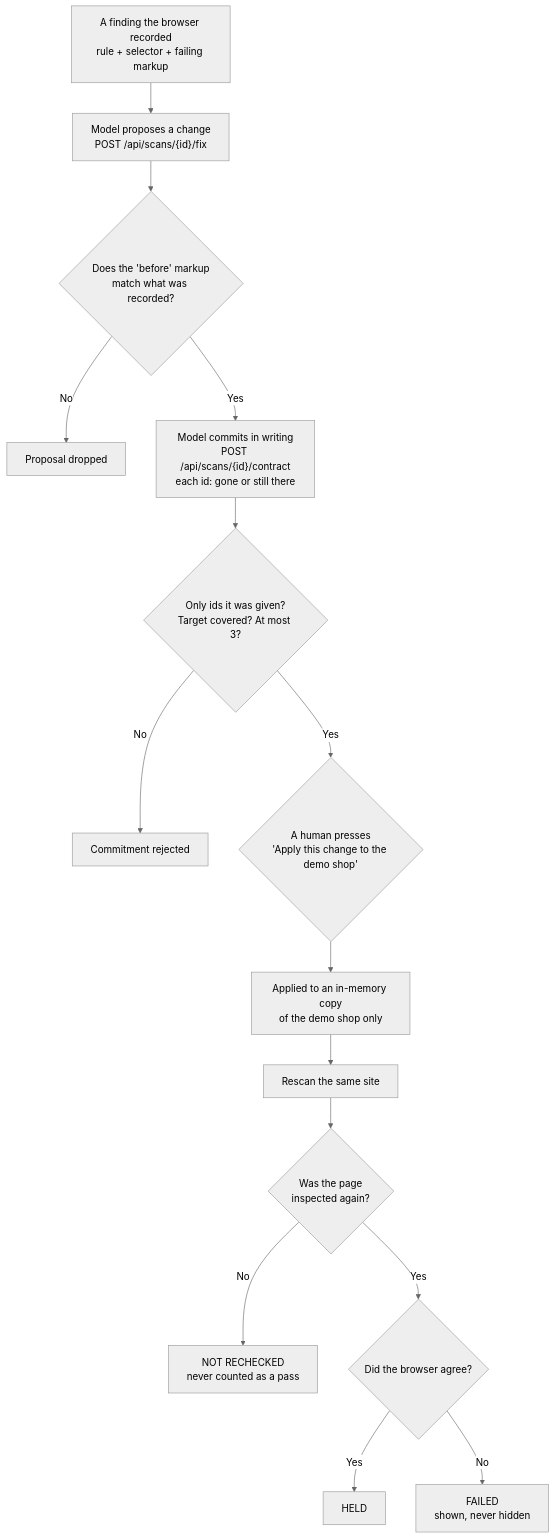
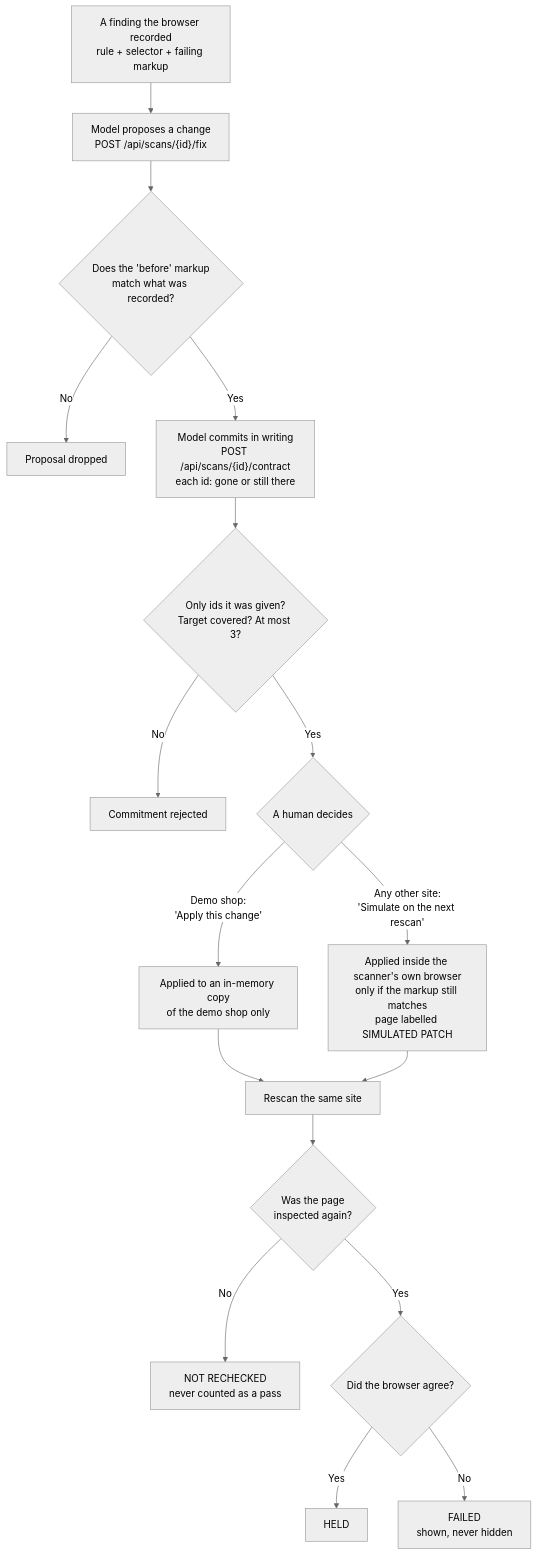
One commit to joyboyreturns/Access-Ripple changed the third of 5 diagrams in docs/ARCHITECTURE.md. Above: the diagram before and after it, drawn with Mermaid (neutral theme). The commit also changed other lines of this file and 755 other files, not shown here.

````diff
--- a/docs/ARCHITECTURE.md
+++ b/docs/ARCHITECTURE.md
@@ -110,17 +110,19 @@
 ```mermaid
 flowchart TD
     F["A finding the browser recorded<br/>rule + selector + failing markup"] --> P["Model proposes a change<br/>POST /api/scans/{id}/fix"]
     P --> G1{"Does the 'before' markup<br/>match what was recorded?"}
     G1 -- No --> X1["Proposal dropped"]
     G1 -- Yes --> C["Model commits in writing<br/>POST /api/scans/{id}/contract<br/>each id: gone or still there"]
     C --> G2{"Only ids it was given?<br/>Target covered? At most 3?"}
     G2 -- No --> X2["Commitment rejected"]
-    G2 -- Yes --> H{"A human presses<br/>'Apply this change to the demo shop'"}
-    H --> S["Applied to an in-memory copy<br/>of the demo shop only"]
+    G2 -- Yes --> H{"A human decides"}
+    H -- "Demo shop:<br/>'Apply this change'" --> S["Applied to an in-memory copy<br/>of the demo shop only"]
+    H -- "Any other site:<br/>'Simulate on the next rescan'" --> SIM["Applied inside the scanner's own browser<br/>only if the markup still matches<br/>page labelled SIMULATED PATCH"]
     S --> R["Rescan the same site"]
+    SIM --> R
     R --> V{"Was the page<br/>inspected again?"}
     V -- No --> U["NOT RECHECKED<br/>never counted as a pass"]
     V -- Yes --> O{"Did the browser agree?"}
     O -- Yes --> HELD["HELD"]
     O -- No --> FAIL["FAILED<br/>shown, never hidden"]
 ```
````
